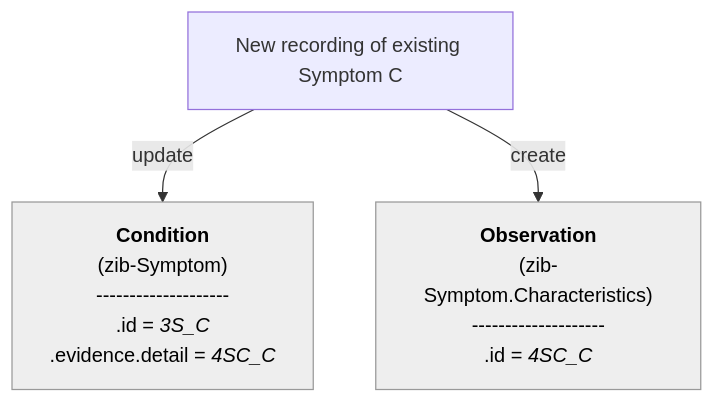
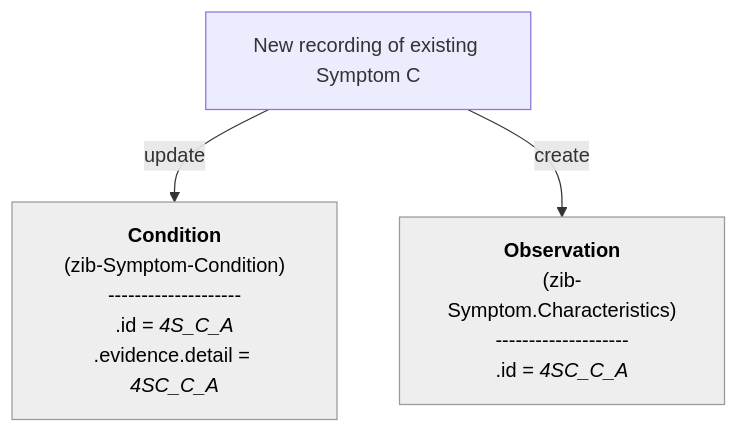
Diagram 11 of 27 in documentation/Condition-Diagnosis-Symptom.md (Nictiz/Nictiz-R4-zib2024), drawn with Mermaid before and after one commit. The commit also changed other lines of this file, not shown here.

Commit message:
Added changes regarding symptom as an Observation

````diff
--- a/documentation/Condition-Diagnosis-Symptom.md
+++ b/documentation/Condition-Diagnosis-Symptom.md
@@ -379,24 +504,24 @@
 ```mermaid
 flowchart TB
 
 NewSymptom_C["`New recording of existing Symptom C`"]
 
     S_C["`**Condition**
-        (zib-Symptom)
+        (zib-Symptom-Condition)
         --------------------
-        .id = _3S_C_
-        .evidence.detail = _4SC_C_`"]
+        .id = _4S_C_A_
+        .evidence.detail = _4SC_C_A_`"]
     SC_C["`
         **Observation**
         (zib-Symptom.Characteristics)
         --------------------
-        .id = _4SC_C_
-        `"]     
+        .id = _4SC_C_A_
+        `"]
     
     S_C:::Ash
     SC_C:::Ash
     classDef Ash stroke-width:1px, stroke-dasharray:none, stroke:#999999, fill:#EEEEEE, color:#000000
 
 NewSymptom_C -- update --> S_C
 NewSymptom_C -- create --> SC_C
 ```
````
